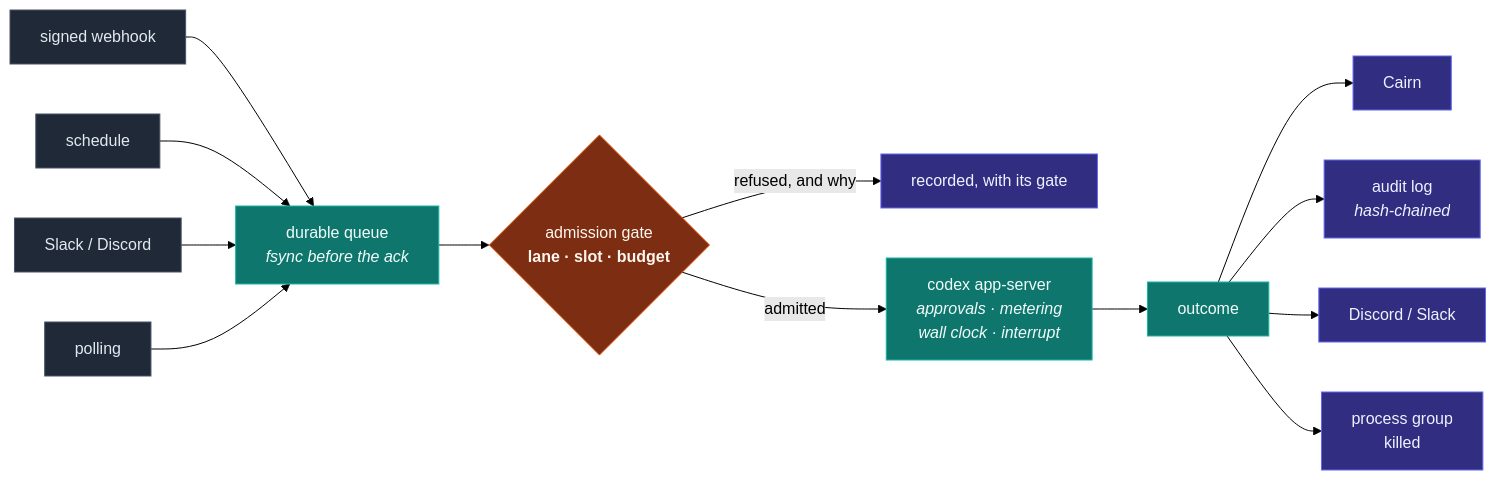
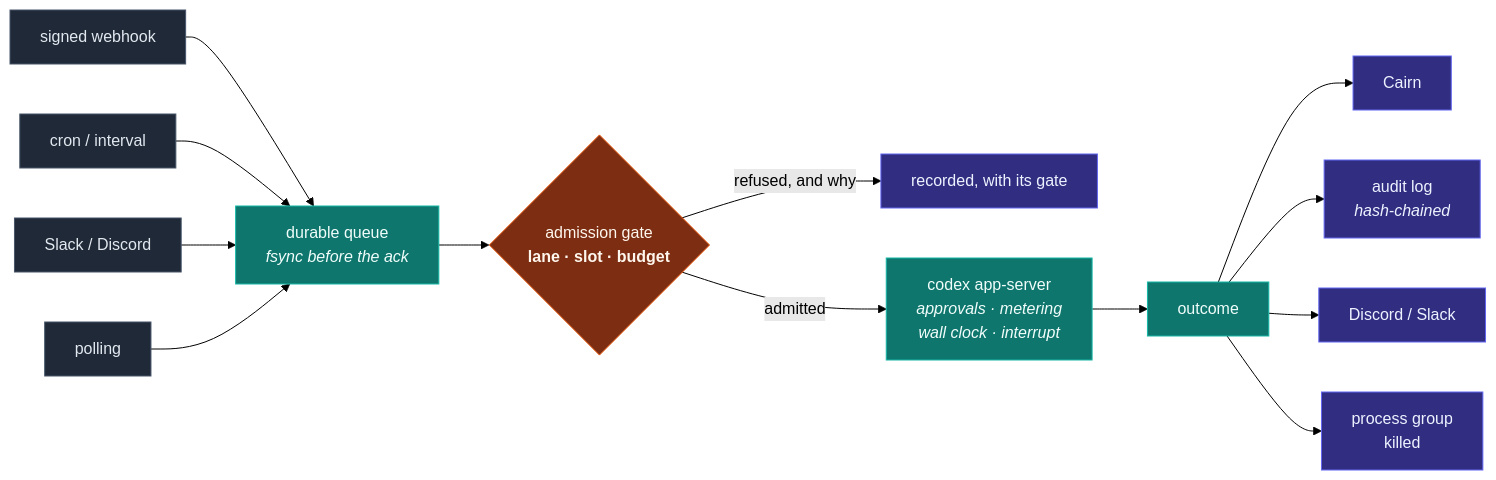
One commit to montytorr/bothy changed the diagram in README.md. Above: the diagram before and after it, drawn with Mermaid (forest theme). The commit also changed other lines of this file and 3 other files, not shown here.

````diff
--- a/README.md
+++ b/README.md
@@ -24,24 +24,24 @@
 ```mermaid
 flowchart LR
     W[signed webhook]:::src --> Q
-    S[schedule]:::src --> Q
+    S["cron / interval"]:::src --> Q
     C["Slack / Discord"]:::src --> Q
     P[polling]:::src --> Q
 
     Q["durable queue<br/><i>fsync before the ack</i>"]:::core --> G
 
     G{"admission gate<br/><b>lane · slot · budget</b>"}:::gate -->|refused, and why| R["recorded, with its gate"]:::out
     G -->|admitted| K
 
     K["codex app-server<br/><i>approvals · metering<br/>wall clock · interrupt</i>"]:::core --> O
 
     O[outcome]:::core --> M[Cairn]:::out
     O --> A["audit log<br/><i>hash-chained</i>"]:::out
     O --> D[Discord / Slack]:::out
     O --> X["process group<br/>killed"]:::out
 
     classDef src fill:#1f2937,stroke:#475569,color:#e2e8f0
     classDef core fill:#0f766e,stroke:#14b8a6,color:#f0fdfa
     classDef gate fill:#7c2d12,stroke:#ea580c,color:#fff7ed
     classDef out fill:#312e81,stroke:#6366f1,color:#eef2ff
 ```
````
